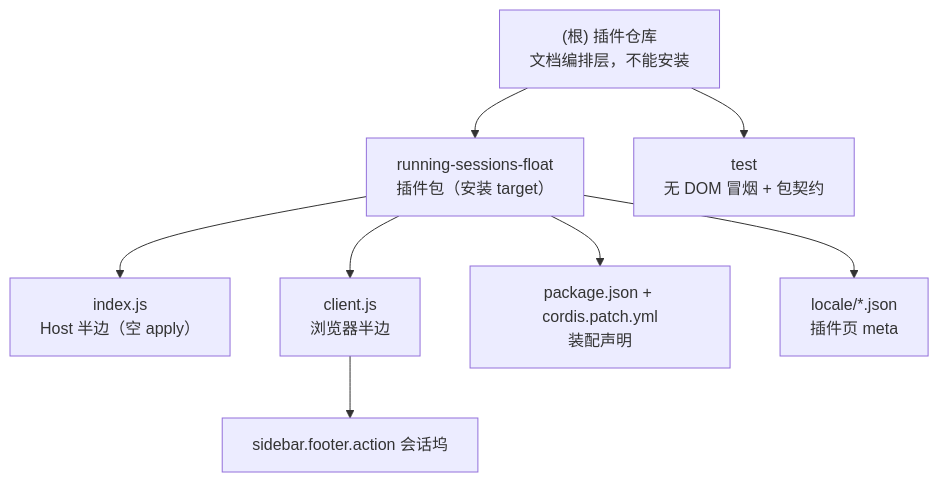
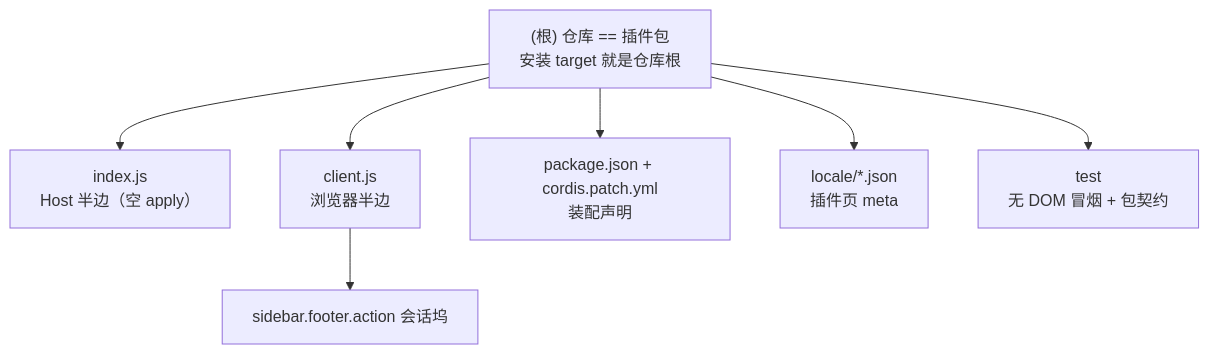
One commit to dongasai/running-sessions-float changed the diagram in AGENTS.md. Above: the diagram before and after it, drawn with Mermaid. The commit also changed other lines of this file and 11 other files, not shown here.

````diff
--- a/AGENTS.md
+++ b/AGENTS.md
@@ -65,12 +71,9 @@
 ```mermaid
 graph TD
-    A["(根) 插件仓库<br/>文档编排层，不能安装"] --> B["running-sessions-float<br/>插件包（安装 target）"]
+    A["(根) 仓库 == 插件包<br/>安装 target 就是仓库根"] --> D["index.js<br/>Host 半边（空 apply）"]
+    A --> E["client.js<br/>浏览器半边"]
+    A --> F["package.json + cordis.patch.yml<br/>装配声明"]
+    A --> G["locale/*.json<br/>插件页 meta"]
     A --> C["test<br/>无 DOM 冒烟 + 包契约"]
-    B --> D["index.js<br/>Host 半边（空 apply）"]
-    B --> E["client.js<br/>浏览器半边"]
-    B --> F["package.json + cordis.patch.yml<br/>装配声明"]
-    B --> G["locale/*.json<br/>插件页 meta"]
     E --> H["sidebar.footer.action 会话坞"]
-
-    click B "./running-sessions-float/AGENTS.md" "查看插件包模块文档"
 ```
````
